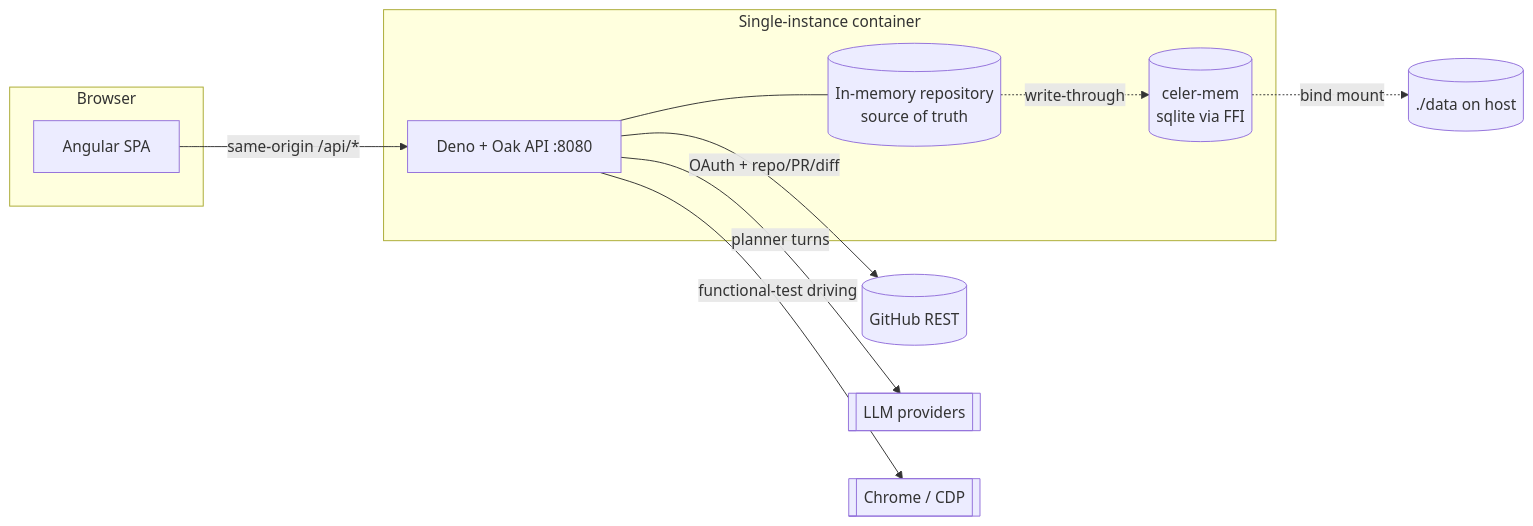
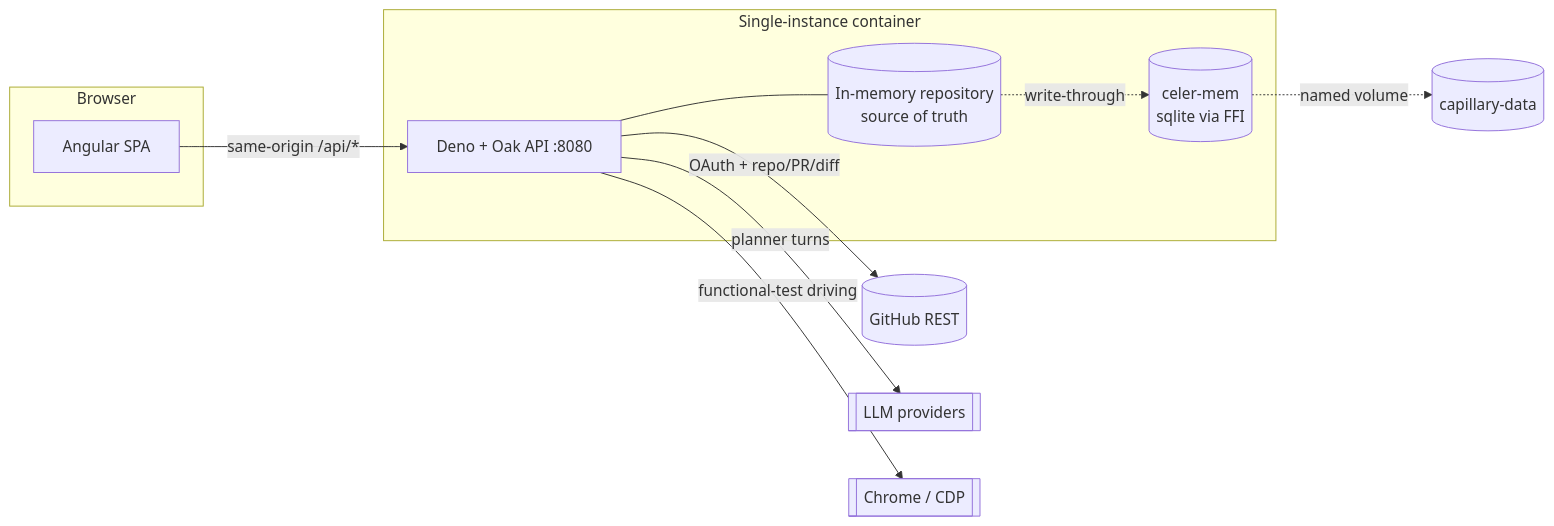
Before and after one commit to Solesius/capillary-cr: the first of 5 diagrams in ARCHITECTURE.md, drawn with Mermaid. The commit also changed other lines of this file and 3 other files, not shown here.

````diff
--- a/ARCHITECTURE.md
+++ b/ARCHITECTURE.md
@@ -29,22 +30,22 @@
 ```mermaid
 flowchart LR
     subgraph Browser
       NG[Angular SPA]
     end
     subgraph Host["Single-instance container"]
       API[Deno + Oak API :8080]
       REPO[(In-memory repository\nsource of truth)]
       CELER[(celer-mem\nsqlite via FFI)]
       API --- REPO
       REPO -. write-through .-> CELER
     end
     GH[(GitHub REST)]
     LLM[[LLM providers]]
     CDP[[Chrome / CDP]]
 
     NG -- same-origin /api/* --> API
     API -- OAuth + repo/PR/diff --> GH
     API -- planner turns --> LLM
     API -- functional-test driving --> CDP
-    CELER -. bind mount .-> VOL[(./data on host)]
+    CELER -. named volume .-> VOL[(capillary-data)]
 ```
````
